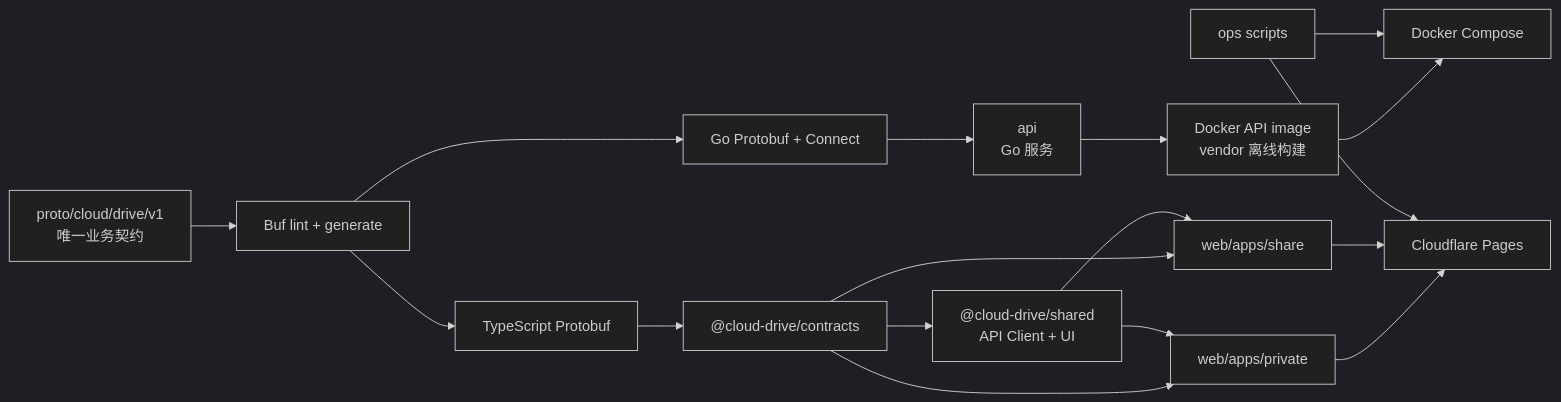
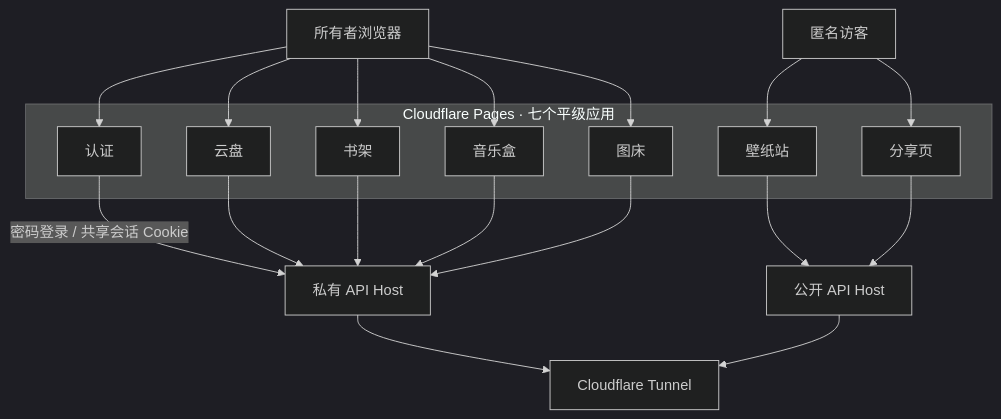
Before and after one commit to pood1e/realtime-me: the first of 3 diagrams in imports/cloud-driver/README.md, drawn with Mermaid (dark theme). The commit also changed other lines of this file and 11 other files, not shown here.

````diff
--- a/imports/cloud-driver/README.md
+++ b/imports/cloud-driver/README.md
@@ -62,28 +14,37 @@
 ```mermaid
-flowchart LR
-  Proto["proto/cloud/drive/v1<br/>唯一业务契约"]
-  Buf["Buf lint + generate"]
-  GoContract["Go Protobuf + Connect"]
-  TSContract["TypeScript Protobuf"]
-  API["api<br/>Go 服务"]
-  Contracts["@cloud-drive/contracts"]
-  Shared["@cloud-drive/shared<br/>API Client + UI"]
-  Private["web/apps/private"]
-  Share["web/apps/share"]
-  Image["Docker API image<br/>vendor 离线构建"]
-  Compose["Docker Compose"]
-  Ops["ops scripts"]
-  Pages["Cloudflare Pages"]
+flowchart TB
+  Owner["所有者浏览器"]
+  Visitor["匿名访客"]
 
-  Proto --> Buf
-  Buf --> GoContract --> API --> Image --> Compose
-  Buf --> TSContract --> Contracts --> Shared
-  Contracts --> Private
-  Contracts --> Share
-  Shared --> Private
-  Shared --> Share
-  Ops --> Compose
-  Private --> Pages
-  Share --> Pages
-  Ops --> Pages
+  subgraph Pages["Cloudflare Pages · 七个平级应用"]
+    Auth["认证"]
+    Drive["云盘"]
+    Books["书架"]
+    Music["音乐盒"]
+    Images["图床"]
+    Wallpapers["壁纸站"]
+    Share["分享页"]
+  end
+
+  PrivateEdge["私有 API Host"]
+  PublicEdge["公开 API Host"]
+  Tunnel["Cloudflare Tunnel"]
+
+  Owner --> Auth
+  Owner --> Drive
+  Owner --> Books
+  Owner --> Music
+  Owner --> Images
+  Visitor --> Wallpapers
+  Visitor --> Share
+
+  Auth -->|"密码登录 / 共享会话 Cookie"| PrivateEdge
+  Drive --> PrivateEdge
+  Books --> PrivateEdge
+  Music --> PrivateEdge
+  Images --> PrivateEdge
+  Wallpapers --> PublicEdge
+  Share --> PublicEdge
+  PrivateEdge --> Tunnel
+  PublicEdge --> Tunnel
 ```
````
